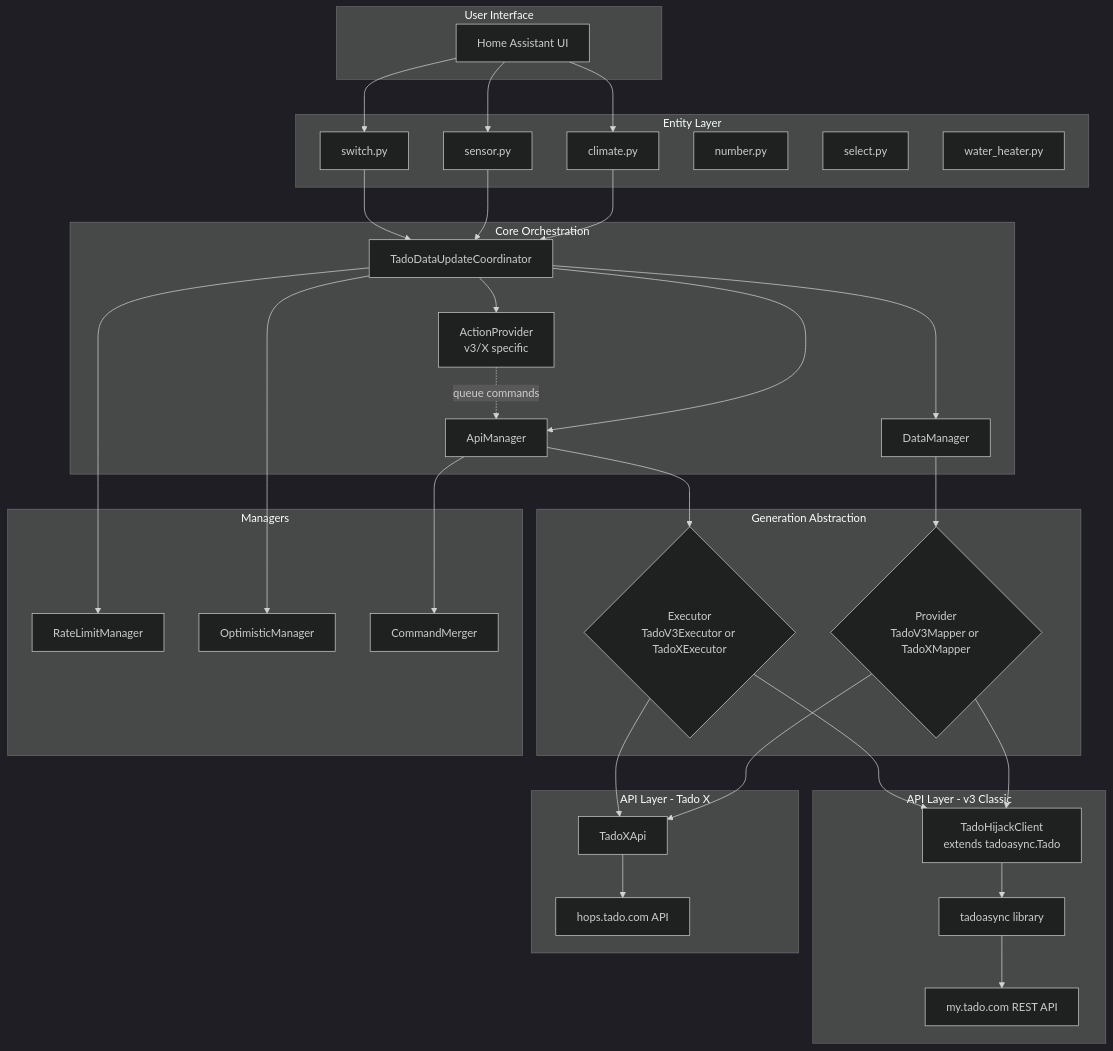
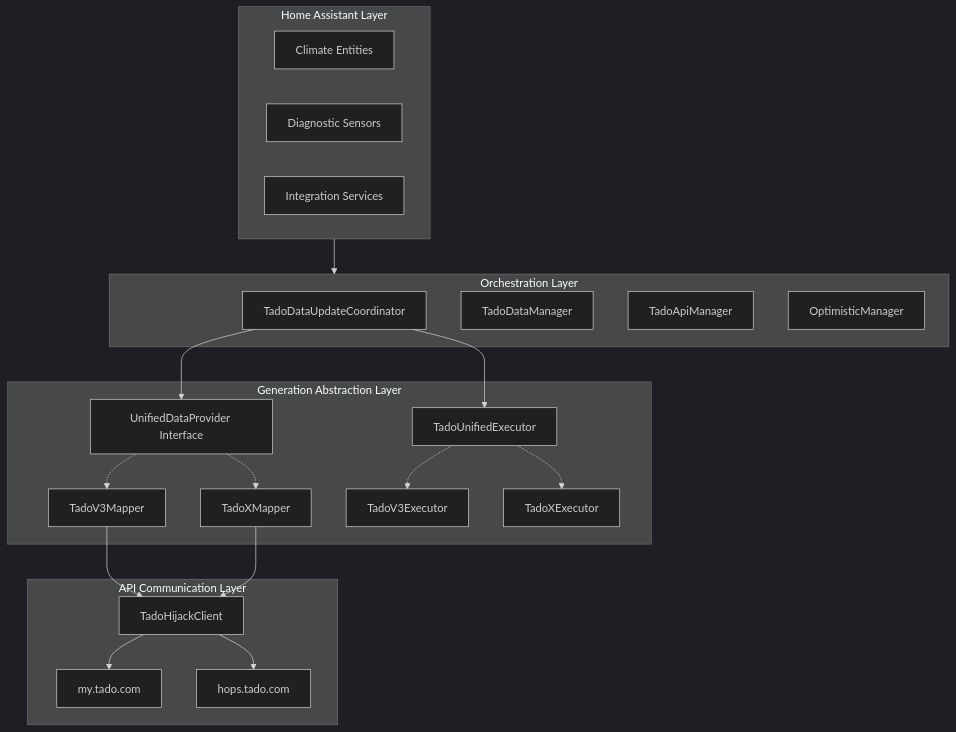
Before and after one commit to laurensdehoorne/tado_hijack: the diagram in docs/ARCHITECTURE.md, drawn with Mermaid (dark theme). The commit also changed other lines of this file and 7 other files, not shown here.

````diff
--- a/docs/ARCHITECTURE.md
+++ b/docs/ARCHITECTURE.md
@@ -32,71 +9,43 @@
 ```mermaid
-graph TB
-    subgraph "User Interface"
-        HA[Home Assistant UI]
+graph TD
+    subgraph HA [Home Assistant Layer]
+        Climate[Climate Entities]
+        Sensors[Diagnostic Sensors]
+        Services[Integration Services]
     end
 
-    subgraph "Entity Layer"
-        Climate[climate.py]
-        Sensor[sensor.py]
-        Switch[switch.py]
-        Number[number.py]
-        Select[select.py]
-        WaterHeater[water_heater.py]
+    subgraph Core [Orchestration Layer]
+        Coord[TadoDataUpdateCoordinator]
+        DM[TadoDataManager]
+        AM[TadoApiManager]
+        OM[OptimisticManager]
     end
 
-    subgraph "Core Orchestration"
-        Coordinator[TadoDataUpdateCoordinator]
-        DataMgr[DataManager]
-        ApiMgr[ApiManager]
-        ActionProv[ActionProvider<br/>v3/X specific]
+    subgraph Abstraction [Generation Abstraction Layer]
+        Provider[UnifiedDataProvider Interface]
+        Executor[TadoUnifiedExecutor]
+
+        V3Mapper[TadoV3Mapper]
+        XMapper[TadoXMapper]
+        V3Exec[TadoV3Executor]
+        XExec[TadoXExecutor]
     end
 
-    subgraph "Generation Abstraction"
-        Provider{Provider<br/>TadoV3Mapper or TadoXMapper}
-        Executor{Executor<br/>TadoV3Executor or TadoXExecutor}
+    subgraph API [API Communication Layer]
+        Client[TadoHijackClient]
+        ClassicAPI[my.tado.com]
+        HopsAPI[hops.tado.com]
     end
 
-    subgraph "API Layer - v3 Classic"
-        Client[TadoHijackClient<br/>extends tadoasync.Tado]
-        Tadoasync[tadoasync library]
-        V3API[my.tado.com REST API]
-    end
-
-    subgraph "API Layer - Tado X"
-        Bridge[TadoXApi]
-        HopsAPI[hops.tado.com API]
-    end
-
-    subgraph "Managers"
-        RateLimit[RateLimitManager]
-        Optimistic[OptimisticManager]
-        Merger[CommandMerger]
-    end
-
-    HA --> Climate
-    HA --> Sensor
-    HA --> Switch
-    Climate --> Coordinator
-    Sensor --> Coordinator
-    Switch --> Coordinator
-
-    Coordinator --> DataMgr
-    Coordinator --> ApiMgr
-    Coordinator --> ActionProv
-    Coordinator --> RateLimit
-    Coordinator --> Optimistic
-
-    DataMgr --> Provider
-    ApiMgr --> Merger
-    ApiMgr --> Executor
-    ActionProv -.queue commands.-> ApiMgr
-
-    Provider --> Client
-    Provider --> Bridge
-    Executor --> Client
-    Executor --> Bridge
-
-    Client --> Tadoasync
-    Tadoasync --> V3API
-    Bridge --> HopsAPI
+    HA --> Core
+    Coord --> Provider
+    Coord --> Executor
+    Provider -.-> V3Mapper
+    Provider -.-> XMapper
+    Executor -.-> V3Exec
+    Executor -.-> XExec
+    V3Mapper --> Client
+    XMapper --> Client
+    Client --> ClassicAPI
+    Client --> HopsAPI
 ```
````
